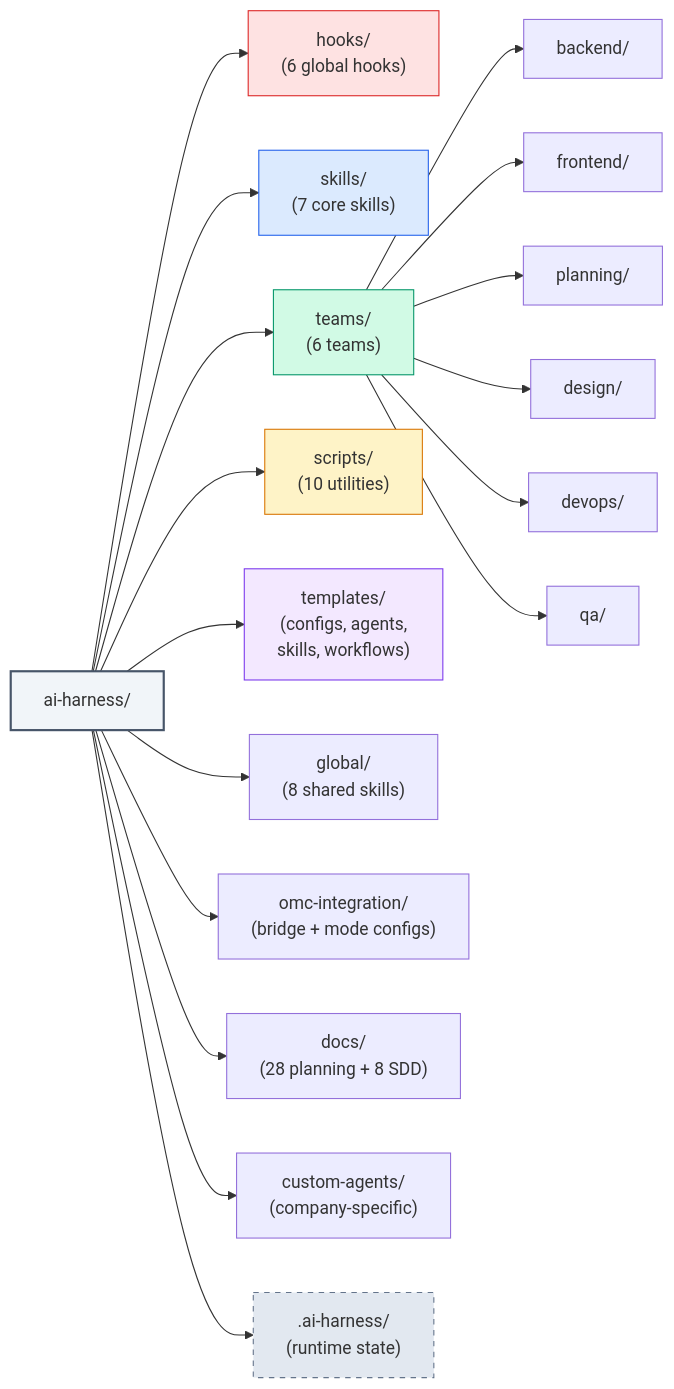
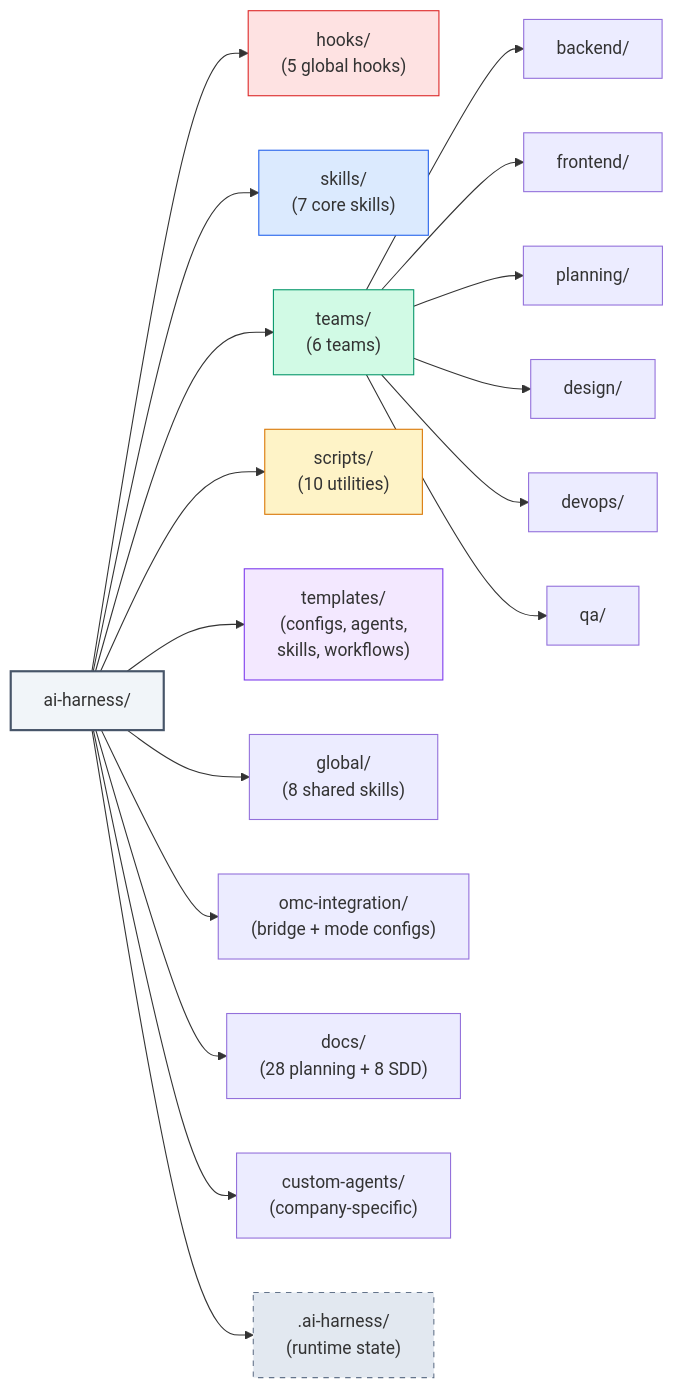
The seventh of 8 diagrams in docs/architecture-diagram.md (cano721/ai-harness), drawn with Mermaid before and after one commit. The commit also changed other lines of this file and 8 other files, not shown here.

````diff
--- a/docs/architecture-diagram.md
+++ b/docs/architecture-diagram.md
@@ -244,30 +241,30 @@
 ```mermaid
 graph LR
     Root["ai-harness/"]
 
-    Root --> hooks["hooks/\n(6 global hooks)"]
+    Root --> hooks["hooks/\n(5 global hooks)"]
     Root --> skills["skills/\n(7 core skills)"]
     Root --> teams["teams/\n(6 teams)"]
     Root --> scripts["scripts/\n(10 utilities)"]
     Root --> templates["templates/\n(configs, agents,\nskills, workflows)"]
     Root --> global["global/\n(8 shared skills)"]
     Root --> omc["omc-integration/\n(bridge + mode configs)"]
     Root --> docs["docs/\n(28 planning + 8 SDD)"]
     Root --> custom["custom-agents/\n(company-specific)"]
     Root --> runtime[".ai-harness/\n(runtime state)"]
 
     teams --> t_be["backend/"]
     teams --> t_fe["frontend/"]
     teams --> t_pl["planning/"]
     teams --> t_ds["design/"]
     teams --> t_do["devops/"]
     teams --> t_qa["qa/"]
 
     style Root fill:#f1f5f9,stroke:#475569,stroke-width:2px
     style hooks fill:#fee2e2,stroke:#dc2626
     style skills fill:#dbeafe,stroke:#2563eb
     style teams fill:#d1fae5,stroke:#059669
     style scripts fill:#fef3c7,stroke:#d97706
     style templates fill:#f3e8ff,stroke:#7c3aed
     style runtime fill:#e2e8f0,stroke:#64748b,stroke-dasharray:5
 ```
````
